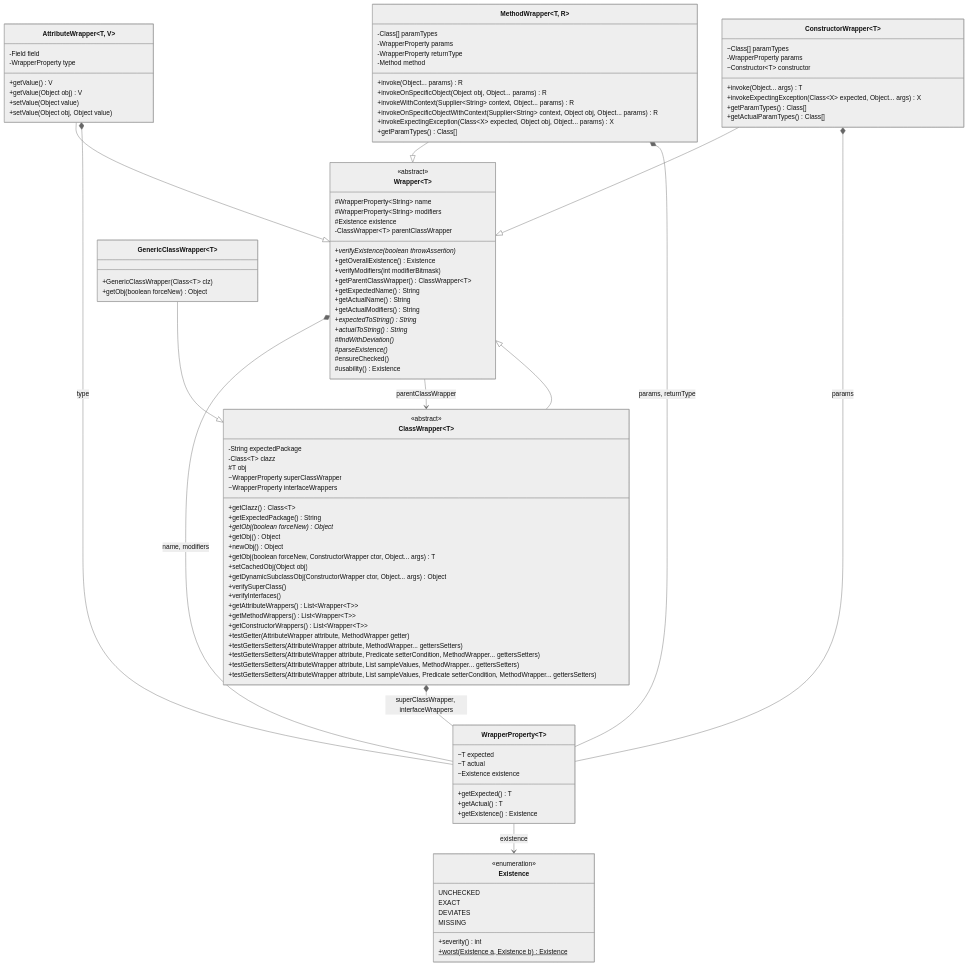
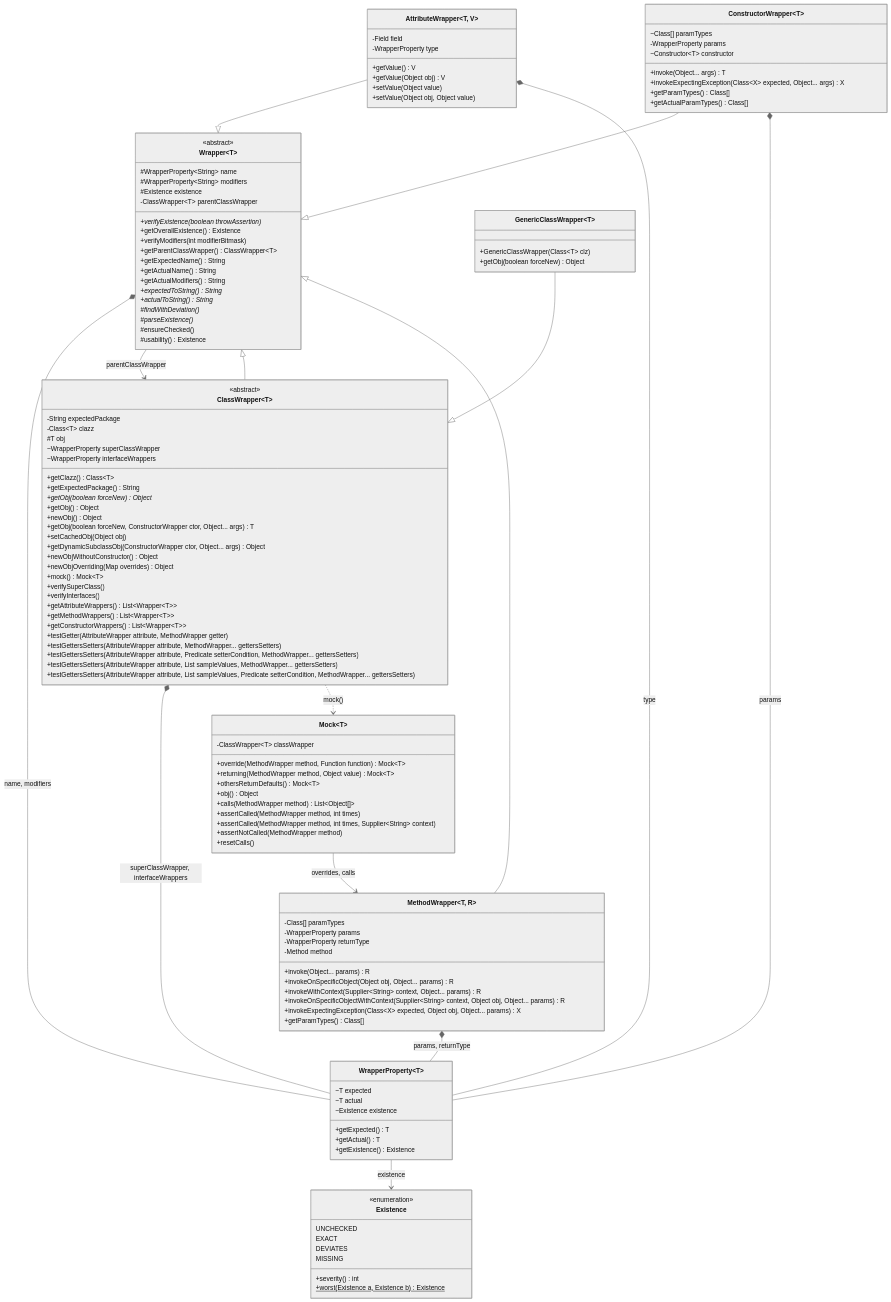
Before and after one commit to ValentinHerrmann/Levenshtein-Testing-Framework: the second of 4 diagrams in docs/architecture.md, drawn with Mermaid (neutral theme). The commit also changed 15 other files, not shown here.

First line of the commit message:
Add objects without constructor, method overrides and a light mock layer (#30)

````diff
--- a/docs/architecture.md
+++ b/docs/architecture.md
@@ -131,6 +131,9 @@
         +getObj(boolean forceNew, ConstructorWrapper ctor, Object... args) T
         +setCachedObj(Object obj)
         +getDynamicSubclassObj(ConstructorWrapper ctor, Object... args) Object
+        +newObjWithoutConstructor() Object
+        +newObjOverriding(Map overrides) Object
+        +mock() Mock~T~
         +verifySuperClass()
         +verifyInterfaces()
         +getAttributeWrappers() List~Wrapper~T~~
@@ -175,6 +178,18 @@
         +getParamTypes() Class[]
         +getActualParamTypes() Class[]
     }
+    class Mock~T~ {
+        -ClassWrapper~T~ classWrapper
+        +override(MethodWrapper method, Function function) Mock~T~
+        +returning(MethodWrapper method, Object value) Mock~T~
+        +othersReturnDefaults() Mock~T~
+        +obj() Object
+        +calls(MethodWrapper method) List~Object[]~
+        +assertCalled(MethodWrapper method, int times)
+        +assertCalled(MethodWrapper method, int times, Supplier~String~ context)
+        +assertNotCalled(MethodWrapper method)
+        +resetCalls()
+    }
     class WrapperProperty~T~ {
         ~T expected
         ~T actual
@@ -205,5 +220,7 @@
     MethodWrapper *-- WrapperProperty : params, returnType
     ConstructorWrapper *-- WrapperProperty : params
     WrapperProperty --> Existence : existence
+    ClassWrapper ..> Mock : mock()
+    Mock --> MethodWrapper : overrides, calls
     Wrapper --> ClassWrapper : parentClassWrapper
 ```
````
